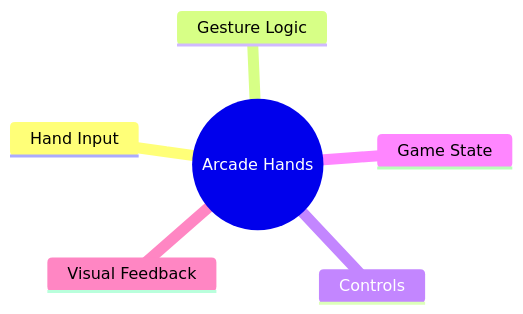
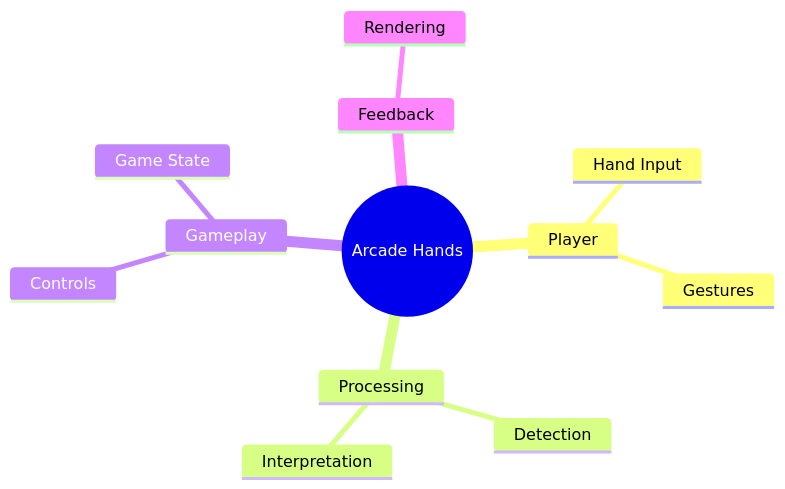
The fourth of 4 diagrams in README.md (Priyanshu710-ui/Arcade-hands), drawn with Mermaid before and after one commit. The commit also changed other lines of this file, not shown here.

Commit message:
Replace diagram-only README with full gameplay documentation

````diff
--- a/README.md
+++ b/README.md
@@ -30,9 +107,15 @@
 ```mermaid
 mindmap
   root((Arcade Hands))
-    Hand Input
-    Gesture Logic
-    Controls
-    Game State
-    Visual Feedback
+    Player
+      Hand Input
+      Gestures
+    Processing
+      Detection
+      Interpretation
+    Gameplay
+      Controls
+      Game State
+    Feedback
+      Rendering
 ```
````
